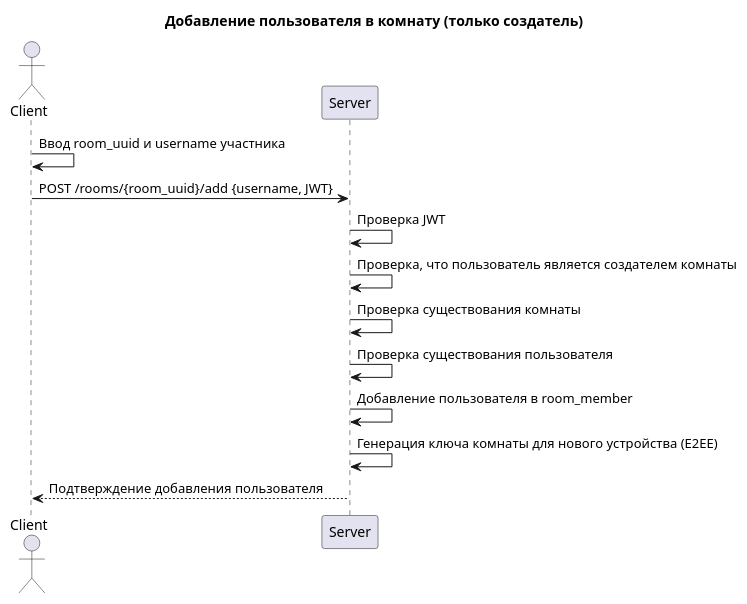
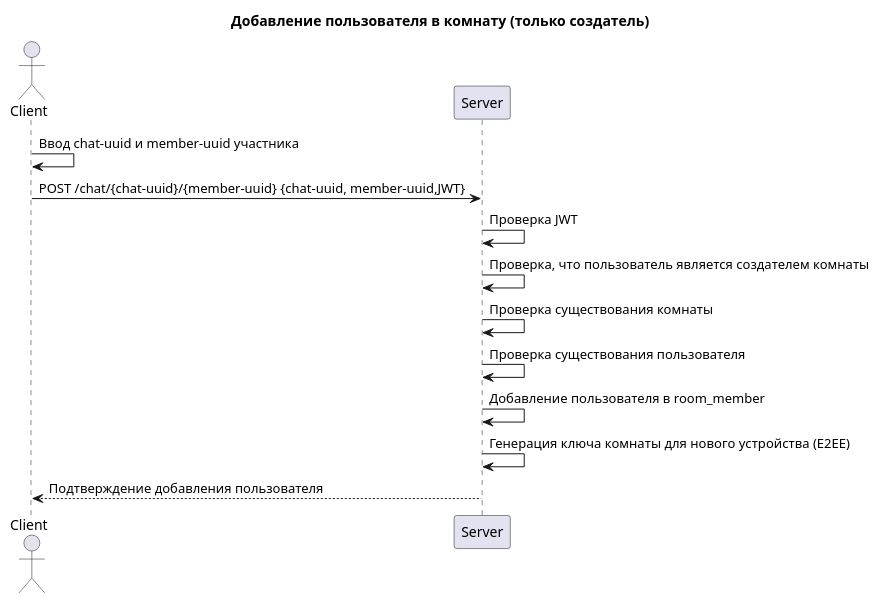
The diagram in docs/room_add_member.puml (sbilibin2017/bil-message), drawn with PlantUML before and after one commit. The commit also changed 26 other files, not shown here.

```diff
--- a/docs/room_add_member.puml
+++ b/docs/room_add_member.puml
@@ -1,20 +1,20 @@
 @startuml
 title Добавление пользователя в комнату (только создатель)
 
 actor Client
 participant Server
 
-Client -> Client: Ввод room_uuid и username участника
+Client -> Client: Ввод chat-uuid и member-uuid участника
 
-Client -> Server: POST /rooms/{room_uuid}/add {username, JWT}
+Client -> Server: POST /chat/{chat-uuid}/{member-uuid} {chat-uuid, member-uuid,JWT}
 
 Server -> Server: Проверка JWT
 Server -> Server: Проверка, что пользователь является создателем комнаты
 Server -> Server: Проверка существования комнаты
 Server -> Server: Проверка существования пользователя
 Server -> Server: Добавление пользователя в room_member
 Server -> Server: Генерация ключа комнаты для нового устройства (E2EE)
 
 Server --> Client: Подтверждение добавления пользователя
 
 @enduml
```
